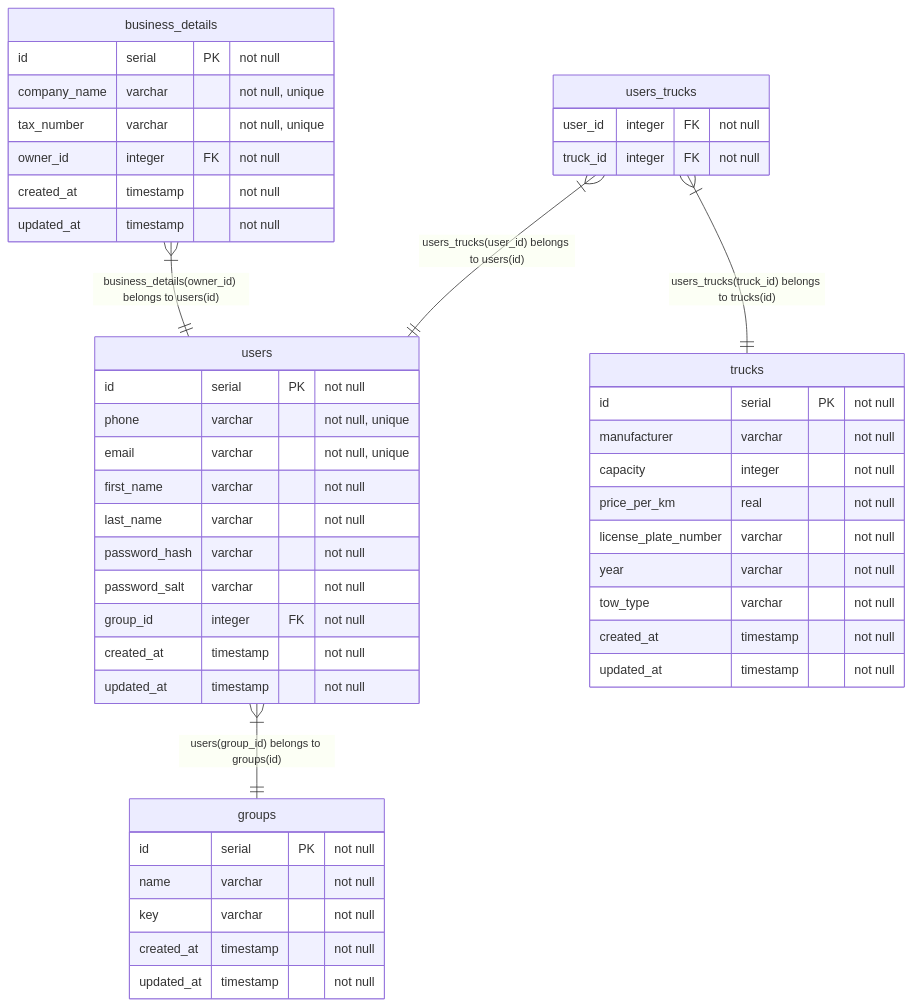
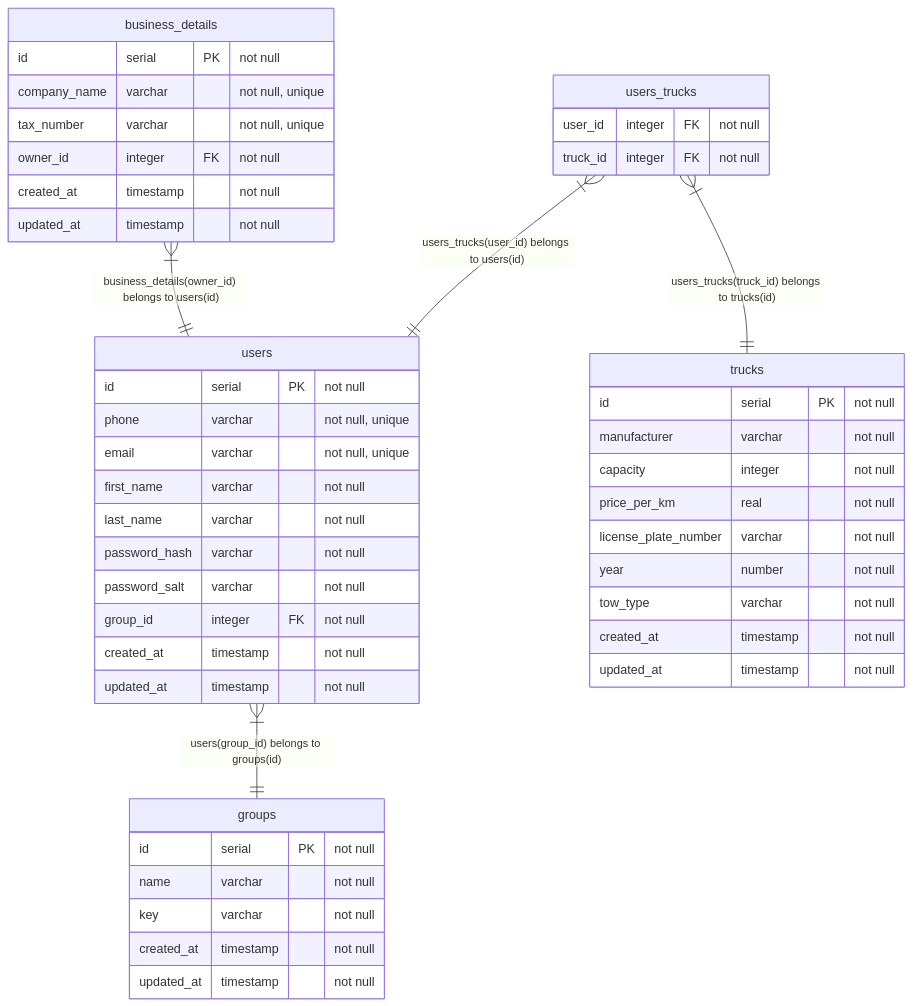
Before and after one commit to BinaryStudioAcademy/bsa-2023-towhub: the diagram in readme.md, drawn with Mermaid. The commit also changed 4 other files, not shown here.

````diff
--- a/readme.md
+++ b/readme.md
@@ -45,59 +45,59 @@
 ```mermaid
 
 erDiagram
 
     users {
         id serial PK "not null"
         phone varchar "not null, unique"
         email varchar "not null, unique"
         first_name varchar "not null"
         last_name varchar "not null"
         password_hash varchar "not null"
         password_salt varchar "not null"
         group_id integer FK "not null"
         created_at timestamp "not null"
         updated_at timestamp "not null"
     }
 
     groups {
         id serial PK "not null"
         name varchar "not null"
         key varchar "not null"
         created_at timestamp "not null"
         updated_at timestamp "not null"
     }
 
     business_details {
         id serial PK "not null"
         company_name varchar "not null, unique"
         tax_number varchar "not null, unique"
         owner_id integer FK "not null"
         created_at timestamp "not null"
         updated_at timestamp "not null"
     }
 
     users one or many -- one groups: "users(group_id) belongs to groups(id)"
     business_details one or many -- one users: "business_details(owner_id) belongs to users(id)"
 
     trucks {
         id serial PK "not null"
         manufacturer varchar "not null"
         capacity integer "not null"
         price_per_km real "not null"
         license_plate_number varchar "not null"
-        year varchar "not null"
+        year number "not null"
         tow_type varchar "not null"
         created_at timestamp "not null"
         updated_at timestamp "not null"
     }
 
     users_trucks {
         user_id integer FK "not null"
         truck_id integer FK "not null"
     }
 
     users_trucks one or many -- one trucks: "users_trucks(truck_id) belongs to trucks(id)"
     users_trucks one or many -- one users: "users_trucks(user_id) belongs to users(id)"
 
 
 ```
````
